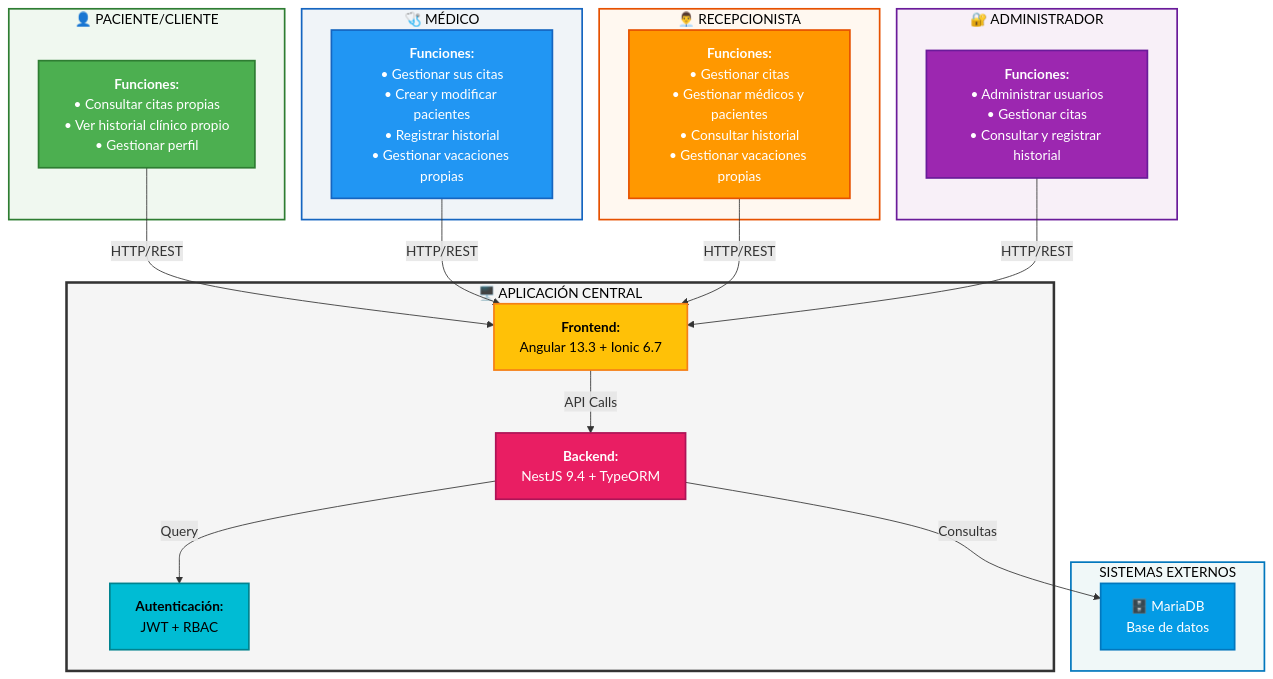
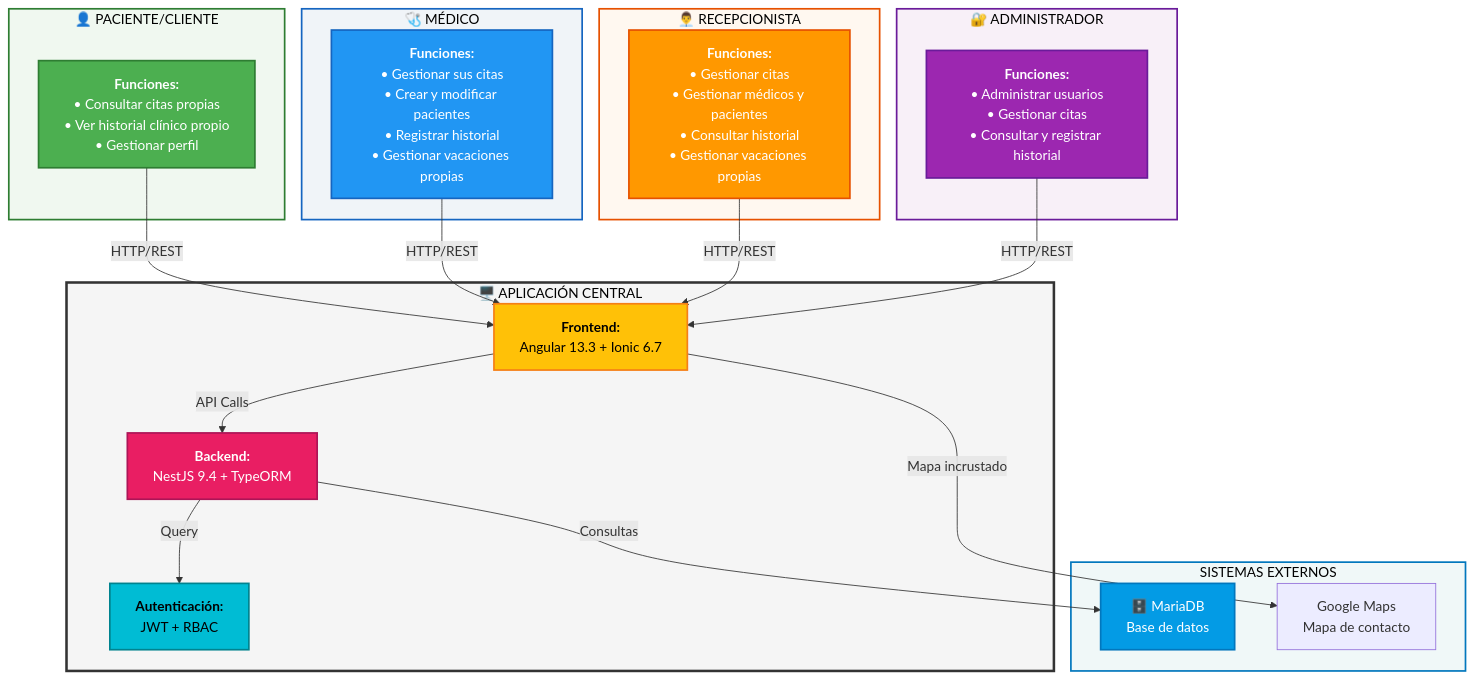
One commit to AlbertoHernandez98/clinica-TFG changed the first of 4 diagrams in INFORMACION/MEMORIA_TFG_CLINICA_MEJORADA.md. Above: the diagram before and after it, drawn with Mermaid. The commit also changed other lines of this file, not shown here.

````diff
--- a/INFORMACION/MEMORIA_TFG_CLINICA_MEJORADA.md
+++ b/INFORMACION/MEMORIA_TFG_CLINICA_MEJORADA.md
@@ -1007,53 +1030,55 @@
 ```mermaid
 graph TB
     subgraph Paciente["👤 PACIENTE/CLIENTE"]
         PC["<b>Funciones:</b><br/>• Consultar citas propias<br/>• Ver historial clínico propio<br/>• Gestionar perfil"]
         style PC fill:#4CAF50,stroke:#2E7D32,stroke-width:2px,color:#fff
     end
     
     subgraph Medico["🩺 MÉDICO"]
         MD["<b>Funciones:</b><br/>• Gestionar sus citas<br/>• Crear y modificar pacientes<br/>• Registrar historial<br/>• Gestionar vacaciones propias"]
         style MD fill:#2196F3,stroke:#1565C0,stroke-width:2px,color:#fff
     end
     
     subgraph Recepcionista["👨‍💼 RECEPCIONISTA"]
         REC["<b>Funciones:</b><br/>• Gestionar citas<br/>• Gestionar médicos y pacientes<br/>• Consultar historial<br/>• Gestionar vacaciones propias"]
         style REC fill:#FF9800,stroke:#E65100,stroke-width:2px,color:#fff
     end
     
     subgraph Admin["🔐 ADMINISTRADOR"]
         ADM["<b>Funciones:</b><br/>• Administrar usuarios<br/>• Gestionar citas<br/>• Consultar y registrar historial"]
         style ADM fill:#9C27B0,stroke:#6A1B9A,stroke-width:2px,color:#fff
     end
     
     subgraph App["🖥️ APLICACIÓN CENTRAL"]
         FRONTEND["<b>Frontend:</b><br/>Angular 13.3 + Ionic 6.7"]
         BACKEND["<b>Backend:</b><br/>NestJS 9.4 + TypeORM"]
         AUTH["<b>Autenticación:</b><br/>JWT + RBAC"]
         style App fill:#f5f5f5,stroke:#333,stroke-width:3px,color:#000
         style FRONTEND fill:#FFC107,stroke:#F57F17,stroke-width:2px,color:#000
         style BACKEND fill:#E91E63,stroke:#AD1457,stroke-width:2px,color:#fff
         style AUTH fill:#00BCD4,stroke:#00838F,stroke-width:2px,color:#000
     end
     
     subgraph External["SISTEMAS EXTERNOS"]
         DB["🗄️ MariaDB<br/>Base de datos"]
+        MAPS["Google Maps<br/>Mapa de contacto"]
         style DB fill:#039BE5,stroke:#0277BD,stroke-width:2px,color:#fff
     end
     
     PC -->|HTTP/REST| FRONTEND
     MD -->|HTTP/REST| FRONTEND
     REC -->|HTTP/REST| FRONTEND
     ADM -->|HTTP/REST| FRONTEND
     
     FRONTEND -->|API Calls| BACKEND
+    FRONTEND -->|Mapa incrustado| MAPS
     BACKEND -->|Query| AUTH
     
     BACKEND -->|Consultas| DB
     
     style Paciente fill:#f0f8f0,color:#000,stroke:#2E7D32,stroke-width:2px
     style Medico fill:#f0f4f8,color:#000,stroke:#1565C0,stroke-width:2px
     style Recepcionista fill:#fff8f0,color:#000,stroke:#E65100,stroke-width:2px
     style Admin fill:#f8f0f8,color:#000,stroke:#6A1B9A,stroke-width:2px
     style External fill:#f0f8f8,color:#000,stroke:#0277BD,stroke-width:2px
 ```
````
